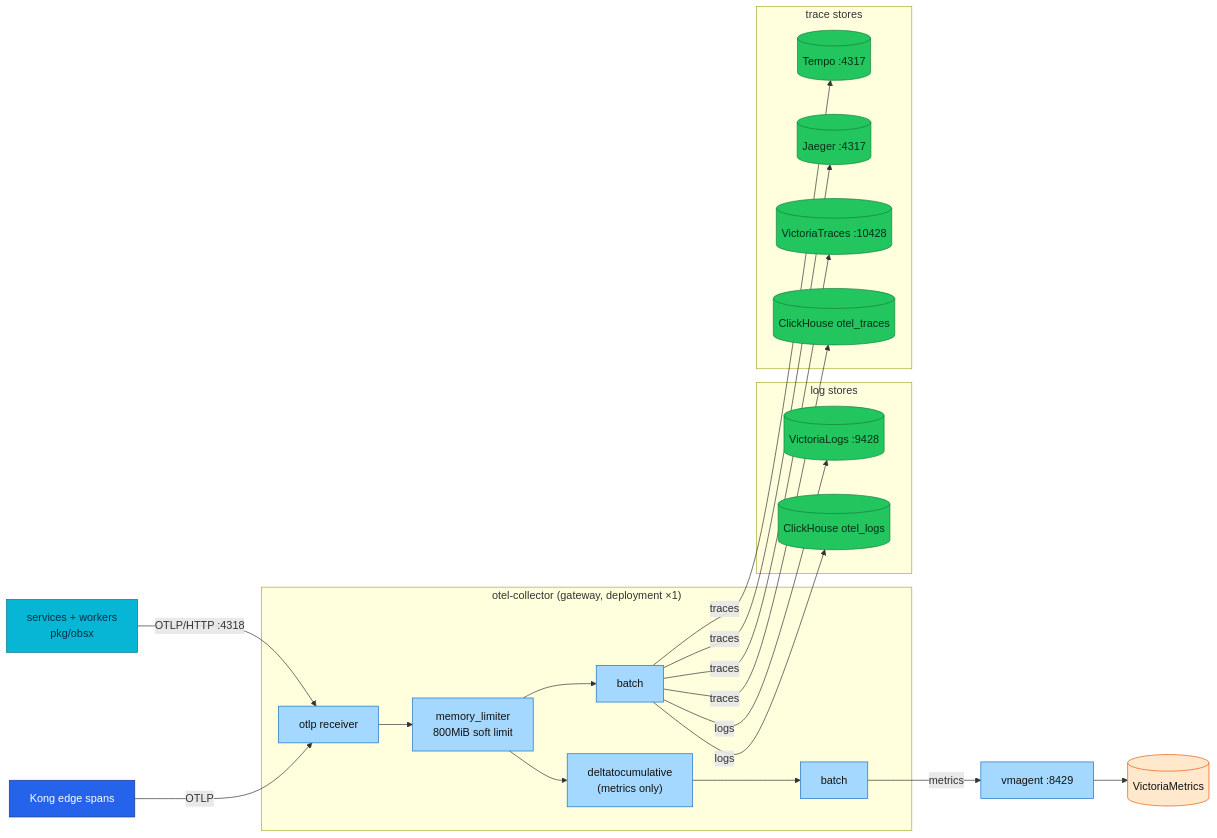
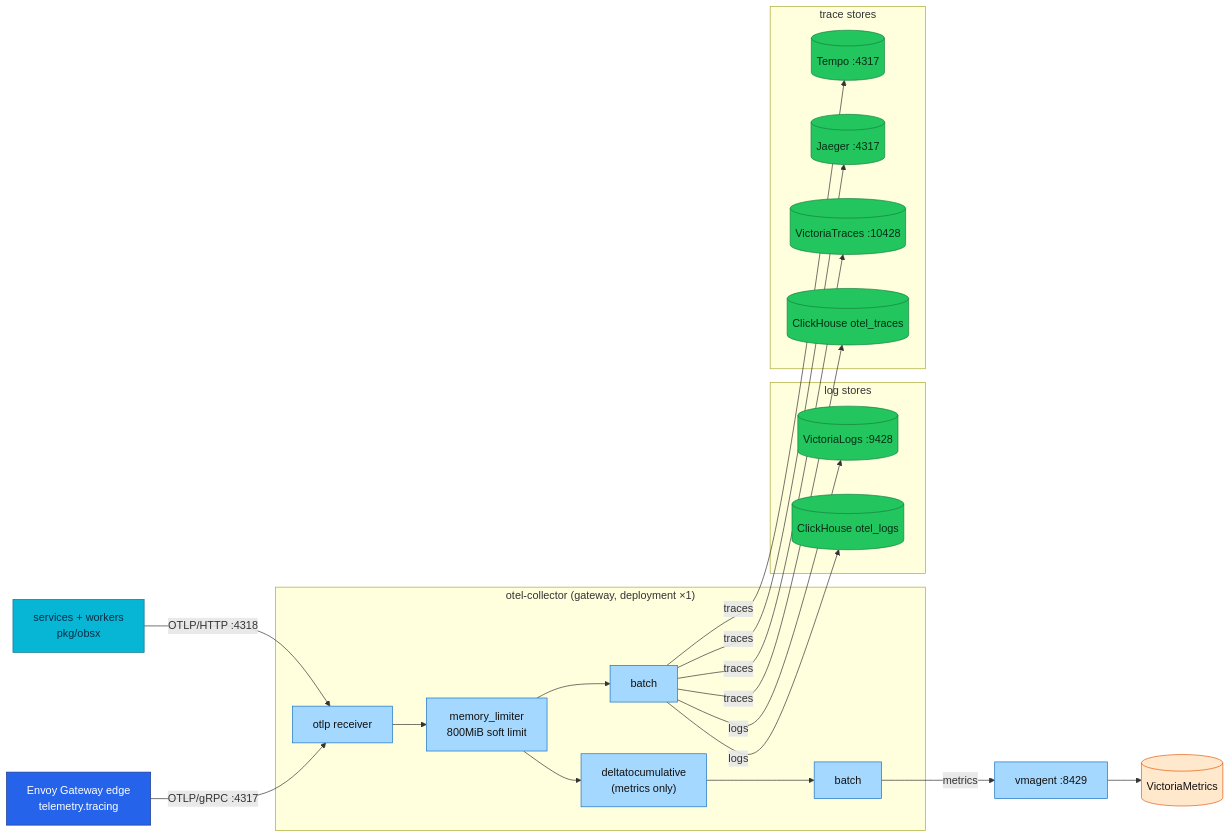
The diagram in docs/observability/opentelemetry/collector.md (duynhlab/homelab), drawn with Mermaid before and after one commit. The commit also changed other lines of this file and 30 other files, not shown here.

````diff
--- a/docs/observability/opentelemetry/collector.md
+++ b/docs/observability/opentelemetry/collector.md
@@ -55,42 +55,42 @@
 ```mermaid
 flowchart LR
     APPS["services + workers<br/>pkg/obsx"] -->|"OTLP/HTTP :4318"| RCV
-    KONG["Kong edge spans"] -->|"OTLP"| RCV
+    EDGE["Envoy Gateway edge<br/>telemetry.tracing"] -->|"OTLP/gRPC :4317"| RCV
 
     subgraph COLLECTOR["otel-collector (gateway, deployment ×1)"]
         RCV["otlp receiver"] --> ML["memory_limiter<br/>800MiB soft limit"]
         ML --> D2C["deltatocumulative<br/>(metrics only)"] --> BM["batch"]
         ML --> BT["batch"]
     end
 
     BM -->|"metrics"| VMA["vmagent :8429"] --> VM[("VictoriaMetrics")]
 
     subgraph LOGSTORES["log stores"]
         VL[("VictoriaLogs :9428")]
         CHL[("ClickHouse otel_logs")]
     end
     subgraph TRACESTORES["trace stores"]
         TEMPO[("Tempo :4317")]
         JAE[("Jaeger :4317")]
         VT[("VictoriaTraces :10428")]
         CHT[("ClickHouse otel_traces")]
     end
 
     BT -->|"logs"| VL
     BT -->|"logs"| CHL
     BT -->|"traces"| TEMPO
     BT -->|"traces"| JAE
     BT -->|"traces"| VT
     BT -->|"traces"| CHT
 
     classDef service fill:#06b6d4,color:#082f49,stroke:#0e7490;
     classDef edge fill:#2563eb,color:#fff,stroke:#1e3a8a;
     classDef collector fill:#a5d8ff,color:#111,stroke:#1971c2;
     classDef metric fill:#ffe8cc,color:#111,stroke:#e8590c;
     classDef data fill:#22c55e,color:#052e16,stroke:#15803d;
     class APPS service;
-    class KONG edge;
+    class EDGE edge;
     class RCV,ML,D2C,BM,BT,VMA collector;
     class VM metric;
     class VL,CHL,TEMPO,JAE,VT,CHT data;
 ```
````
